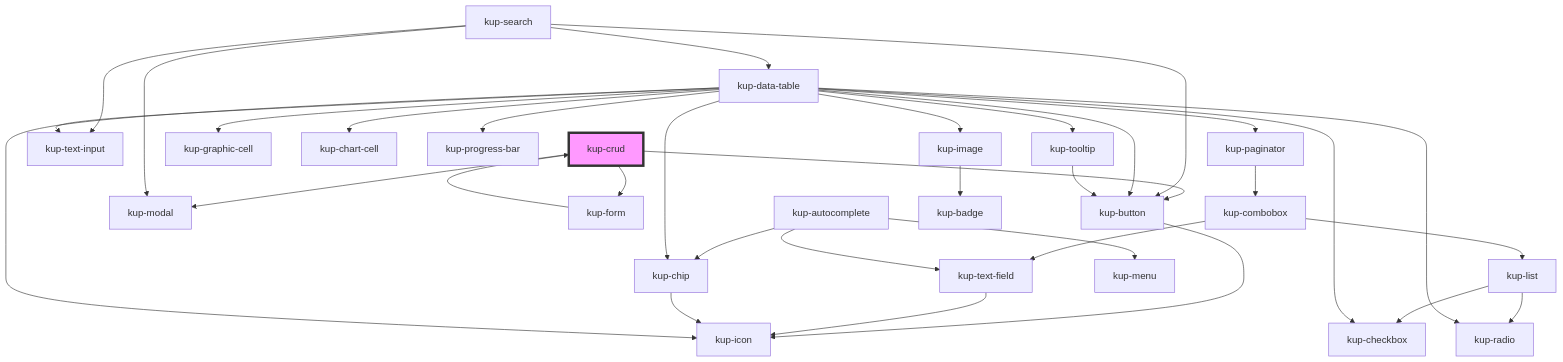
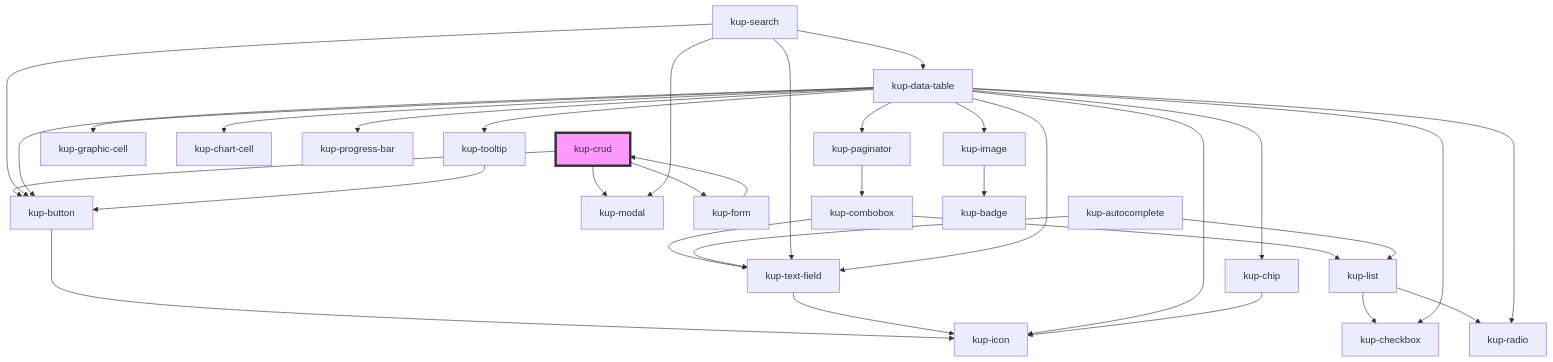
Before and after one commit to smeup/ketchup: the diagram in packages/ketchup/src/components/kup-crud/readme.md, drawn with Mermaid. The commit also changed 18 other files, not shown here.

````diff
--- a/packages/ketchup/src/components/kup-crud/readme.md
+++ b/packages/ketchup/src/components/kup-crud/readme.md
@@ -80,37 +80,36 @@
 ```mermaid
 graph TD;
   kup-crud --> kup-button
   kup-crud --> kup-modal
   kup-crud --> kup-form
   kup-button --> kup-icon
   kup-form --> kup-crud
   kup-combobox --> kup-text-field
   kup-combobox --> kup-list
   kup-text-field --> kup-icon
   kup-list --> kup-radio
   kup-list --> kup-checkbox
-  kup-autocomplete --> kup-chip
   kup-autocomplete --> kup-text-field
-  kup-autocomplete --> kup-menu
-  kup-chip --> kup-icon
-  kup-search --> kup-text-input
+  kup-autocomplete --> kup-list
+  kup-search --> kup-text-field
   kup-search --> kup-button
   kup-search --> kup-modal
   kup-search --> kup-data-table
   kup-data-table --> kup-checkbox
-  kup-data-table --> kup-text-input
+  kup-data-table --> kup-text-field
   kup-data-table --> kup-icon
   kup-data-table --> kup-image
   kup-data-table --> kup-button
   kup-data-table --> kup-graphic-cell
   kup-data-table --> kup-chart-cell
   kup-data-table --> kup-progress-bar
   kup-data-table --> kup-radio
   kup-data-table --> kup-tooltip
   kup-data-table --> kup-paginator
   kup-data-table --> kup-chip
   kup-image --> kup-badge
   kup-tooltip --> kup-button
   kup-paginator --> kup-combobox
+  kup-chip --> kup-icon
   style kup-crud fill:#f9f,stroke:#333,stroke-width:4px
 ```
````
